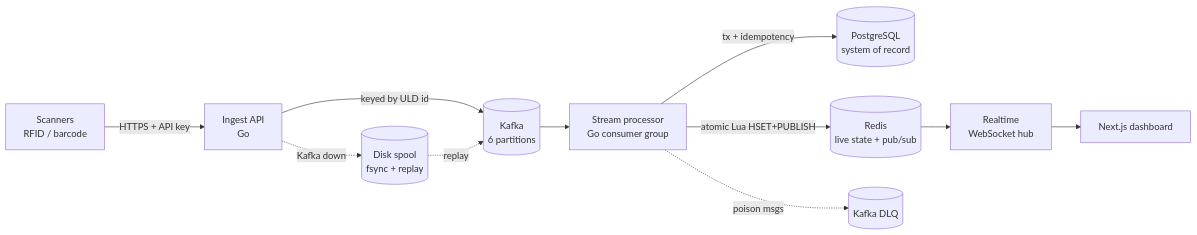
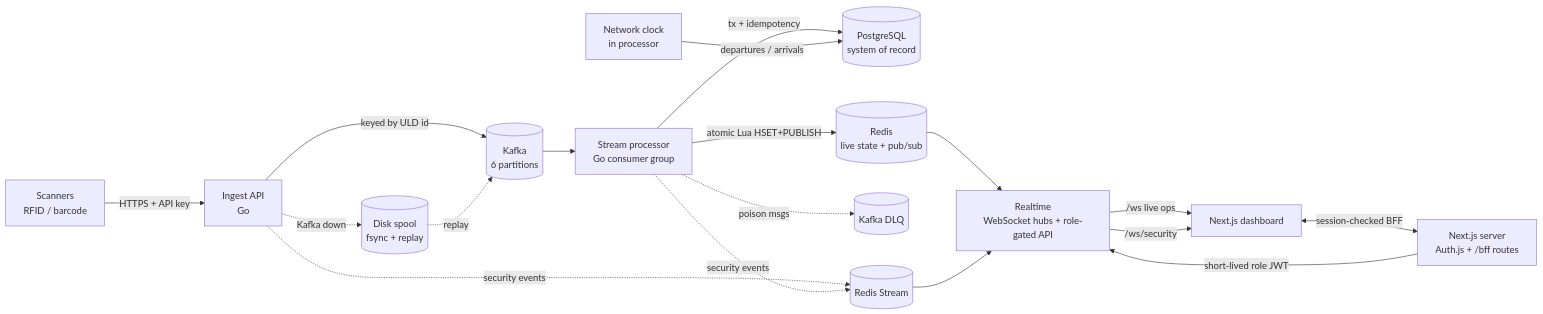
One commit to radithyama/uld-tracking-engine changed the diagram in README.md. Above: the diagram before and after it, drawn with Mermaid. The commit also changed other lines of this file and 67 other files, not shown here.

````diff
--- a/README.md
+++ b/README.md
@@ -24,13 +28,19 @@
 ```mermaid
 flowchart LR
     S[Scanners<br/>RFID / barcode] -- HTTPS + API key --> I[Ingest API<br/>Go]
     I -- keyed by ULD id --> K[(Kafka<br/>6 partitions)]
     I -. Kafka down .-> SP[(Disk spool<br/>fsync + replay)]
     SP -. replay .-> K
     K --> P[Stream processor<br/>Go consumer group]
     P -- tx + idempotency --> PG[(PostgreSQL<br/>system of record)]
     P -- atomic Lua HSET+PUBLISH --> R[(Redis<br/>live state + pub/sub)]
     P -. poison msgs .-> DLQ[(Kafka DLQ)]
-    R --> W[Realtime<br/>WebSocket hub]
-    W --> D[Next.js dashboard]
+    R --> W[Realtime<br/>WebSocket hubs + role-gated API]
+    W -- /ws live ops --> D[Next.js dashboard]
+    W -- /ws/security --> D
+    D <-- session-checked BFF --> B[Next.js server<br/>Auth.js + /bff routes]
+    B -- short-lived role JWT --> W
+    I & P -. security events .-> RS[(Redis Stream)]
+    RS --> W
+    NC[Network clock<br/>in processor] -- departures / arrivals --> PG
 ```
````
